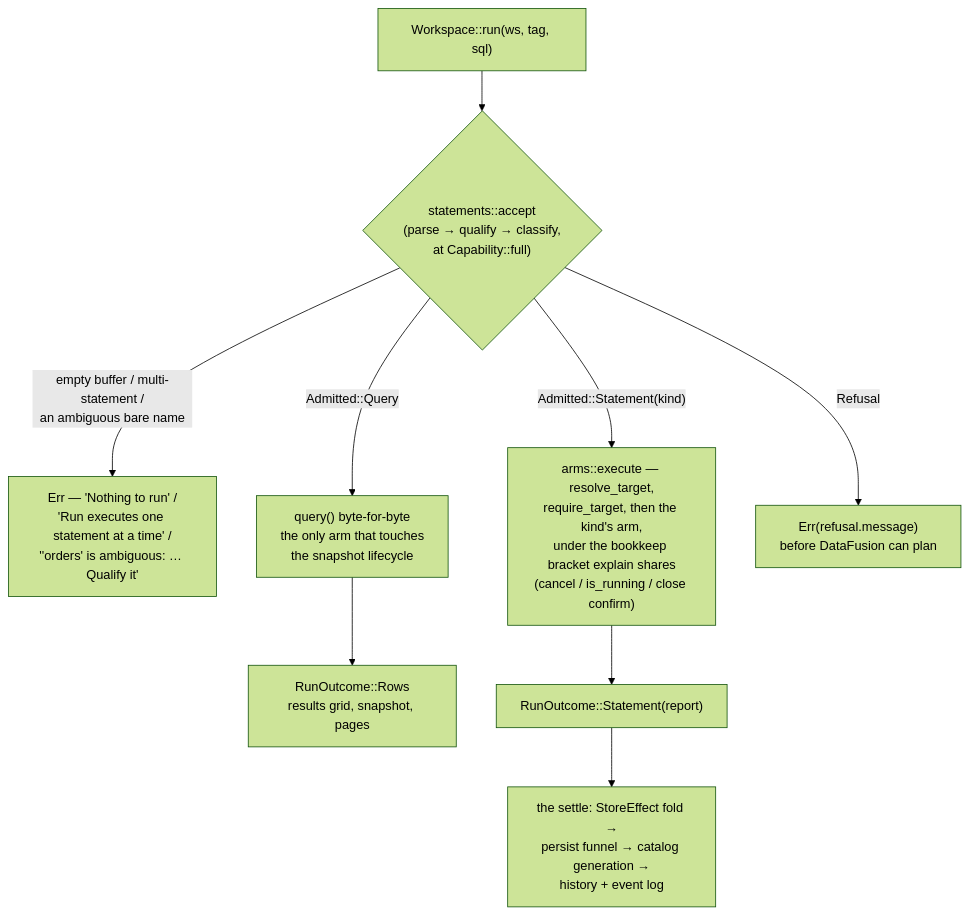
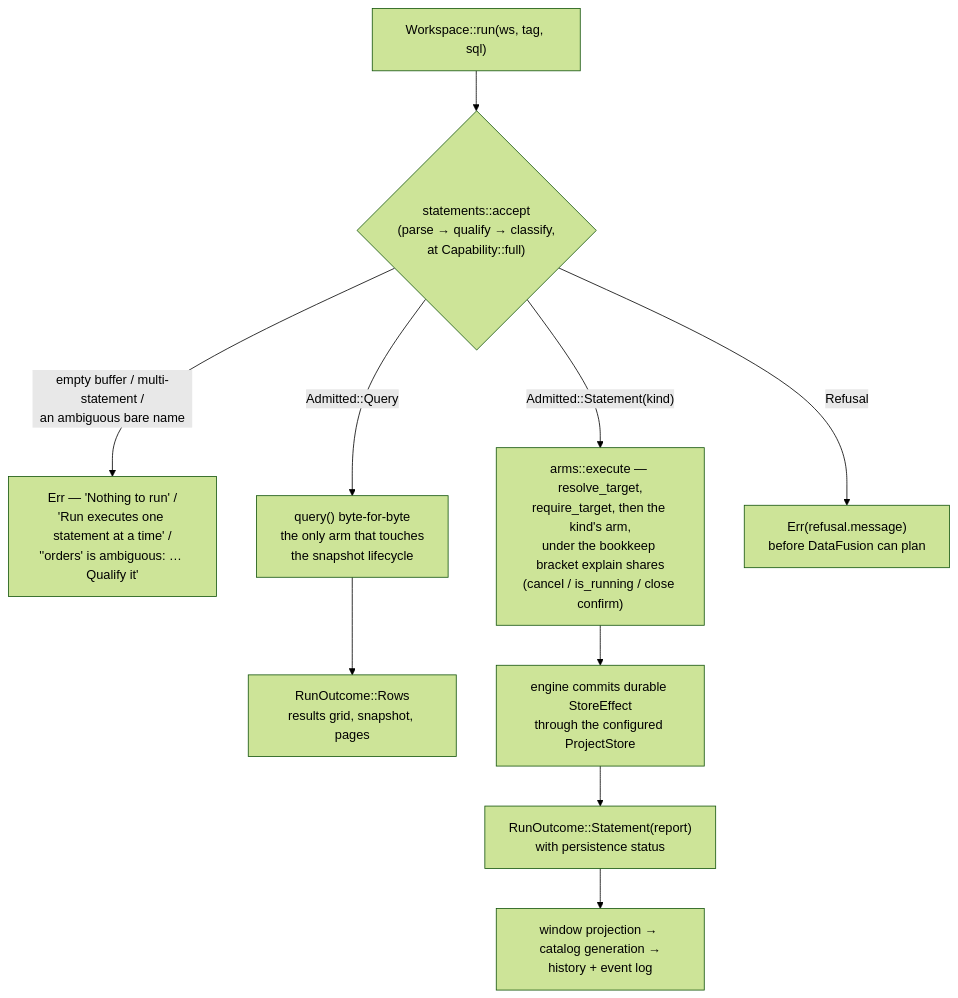
The diagram in docs/STATEMENTS_SPEC.md (alexparlett/strata), drawn with Mermaid (forest theme) before and after one commit. The commit also changed other lines of this file and 30 other files, not shown here.

Commit message:
Refactor workspace execution and update UI flows

````diff
--- a/docs/STATEMENTS_SPEC.md
+++ b/docs/STATEMENTS_SPEC.md
@@ -12,11 +12,12 @@
 ```mermaid
 flowchart TD
     RUN["Workspace::run(ws, tag, sql)"] --> CLS{"statements::accept\n(parse → qualify → classify,\nat Capability::full)"}
     CLS -- "empty buffer / multi-statement /\nan ambiguous bare name" --> ERR1["Err — 'Nothing to run' /\n'Run executes one statement at a time' /\n''orders' is ambiguous: … Qualify it'"]
     CLS -- "Admitted::Query" --> Q["query() byte-for-byte\nthe only arm that touches\nthe snapshot lifecycle"]
     CLS -- "Admitted::Statement(kind)" --> DDL["arms::execute — resolve_target,\nrequire_target, then the kind's arm,\nunder the bookkeep bracket explain shares\n(cancel / is_running / close confirm)"]
     CLS -- "Refusal" --> ERR2["Err(refusal.message)\nbefore DataFusion can plan"]
     Q --> ROWS["RunOutcome::Rows\nresults grid, snapshot, pages"]
-    DDL --> REP["RunOutcome::Statement(report)"]
-    REP --> SETTLE["the settle: StoreEffect fold →\npersist funnel → catalog generation →\nhistory + event log"]
+    DDL --> SAVE["engine commits durable StoreEffect\nthrough the configured ProjectStore"]
+    SAVE --> REP["RunOutcome::Statement(report)\nwith persistence status"]
+    REP --> SETTLE["window projection → catalog generation →\nhistory + event log"]
 ```
````
